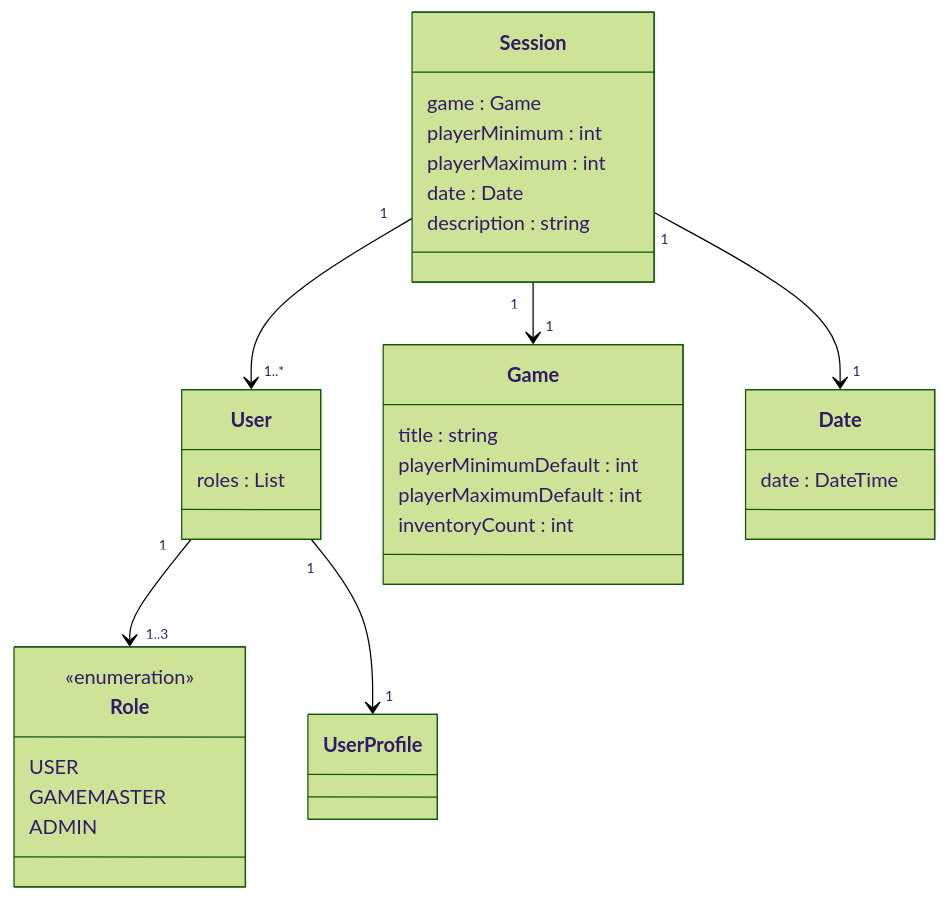
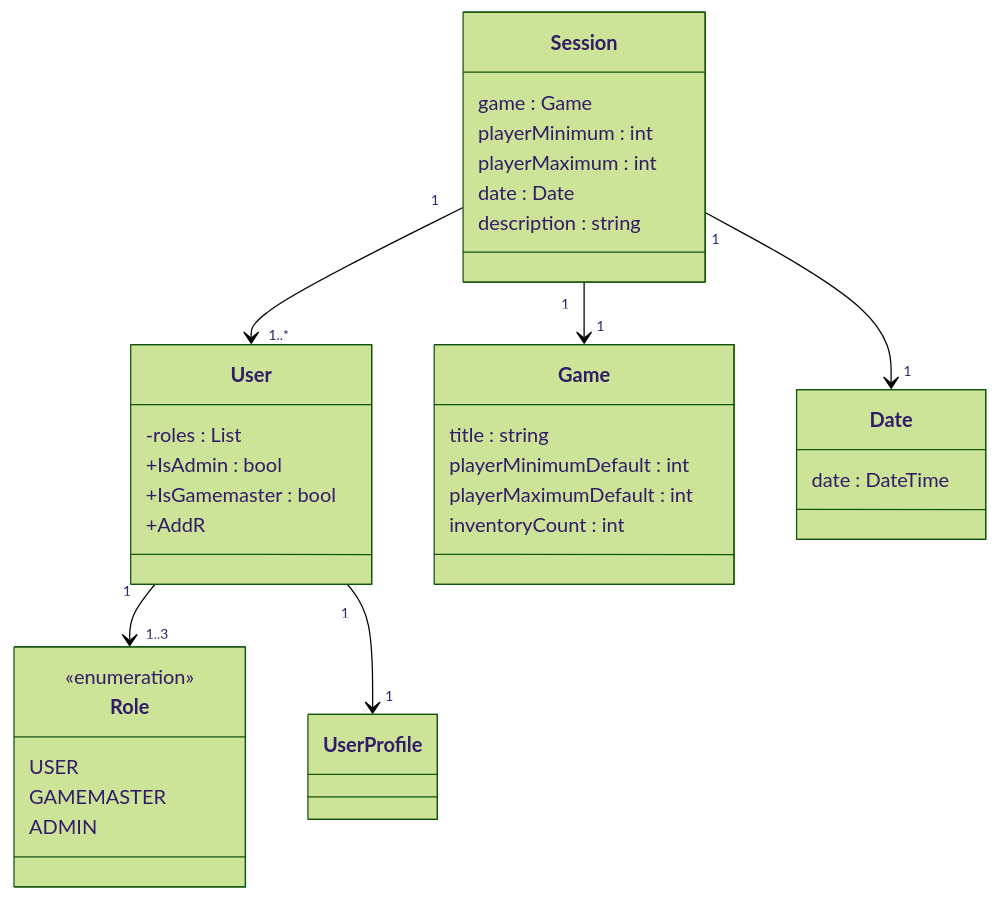
Before and after one commit to MatiasHeiberg/1.semesterprojekt: the second of 2 diagrams in 02 notes/Klassediagram.md, drawn with Mermaid (forest theme).

Commit message:
Work on User class in class diagram

````diff
--- a/02 notes/Klassediagram.md
+++ b/02 notes/Klassediagram.md
@@ -38,41 +38,45 @@
 ```mermaid
 classDiagram
 
 %% Class definitions
 class Session {
 	game : Game
 	playerMinimum : int 
 	playerMaximum : int
 	date : Date
 	description : string
 	
 	%% Skal have en constructor der tager default spiller count som standard værdi.
 }
 class User {
-roles : List<Role>
+	-roles : List<Role>
+	+IsAdmin : bool
+	+IsGamemaster : bool
+	+AddR
+	
 }
 class Role {
 	<<enumeration>>
     USER
     GAMEMASTER
     ADMIN
 }
 class Game {
 	title : string
 	playerMinimumDefault : int
 	playerMaximumDefault : int
 	inventoryCount : int
 }
 class UserProfile
 class Date {
 	date : DateTime
 }
 
 %% Class relationships
 Session "1" --> "1..*" User
 Session "1" --> "1" Game
 Session "1" --> "1" Date
 User "1" --> "1..3" Role
 User "1" --> "1" UserProfile
 
 ```
````
